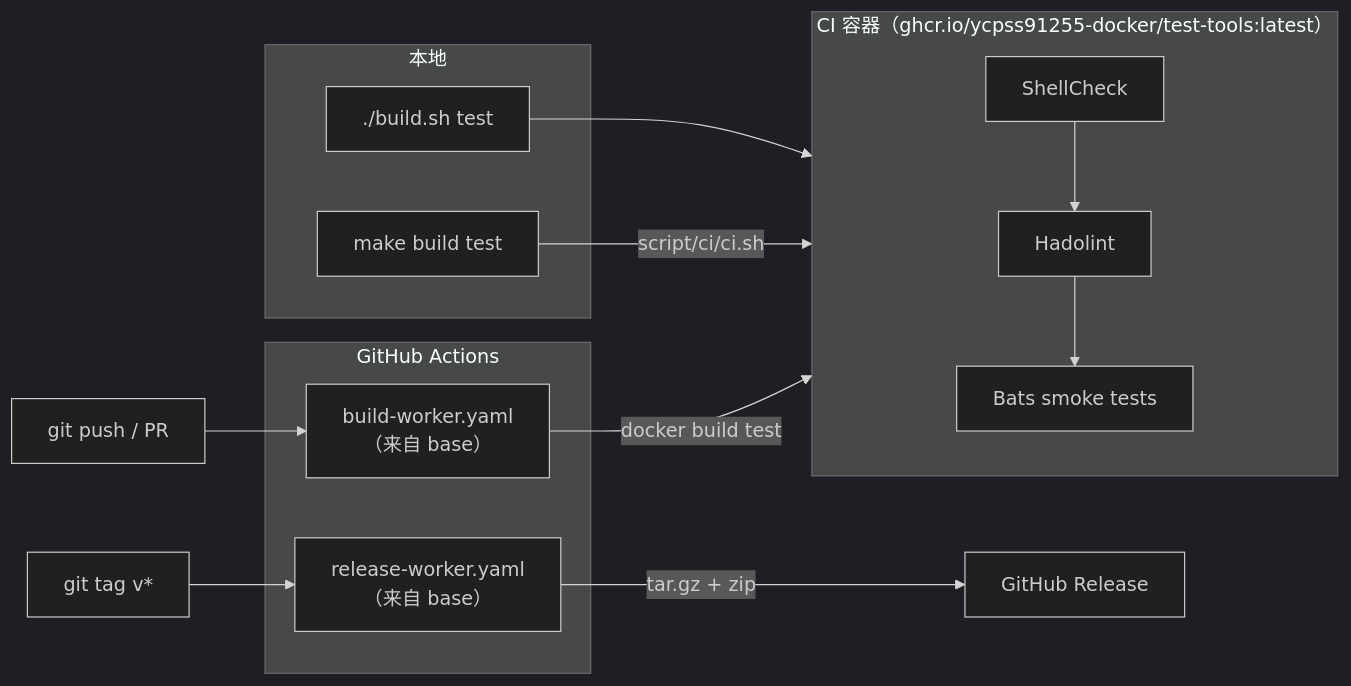
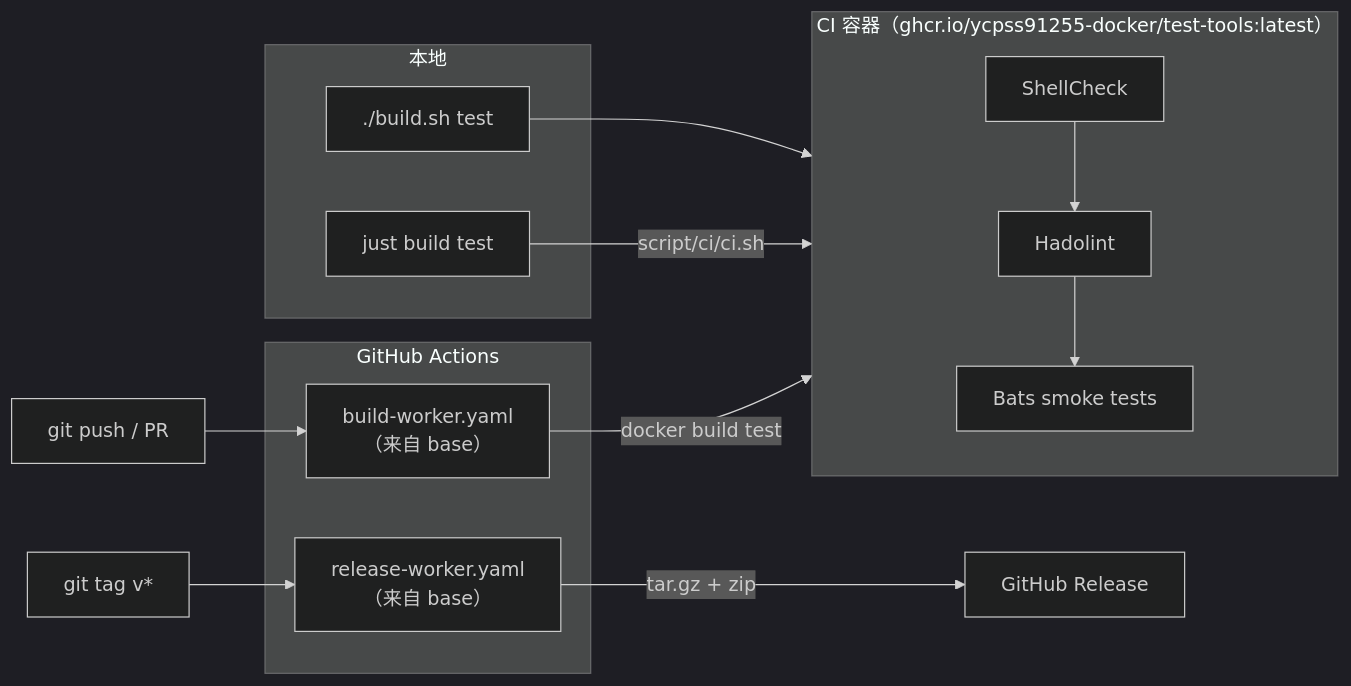
Before and after one commit to ycpss91255-docker/base: the second of 2 diagrams in doc/readme/README.zh-CN.md, drawn with Mermaid (dark theme). The commit also changed other lines of this file and 17 other files, not shown here.

````diff
--- a/doc/readme/README.zh-CN.md
+++ b/doc/readme/README.zh-CN.md
@@ -81,27 +81,27 @@
 ```mermaid
 flowchart LR
     subgraph local["本地"]
         build_test["./build.sh test"]
-        make_test["make build test"]
+        make_test["just build test"]
     end
 
     subgraph ci_container["CI 容器（ghcr.io/ycpss91255-docker/test-tools:latest）"]
         shellcheck["ShellCheck"]
         hadolint["Hadolint"]
         bats["Bats smoke tests"]
     end
 
     subgraph github["GitHub Actions"]
         build_worker["build-worker.yaml<br/>（来自 base）"]
         release_worker["release-worker.yaml<br/>（来自 base）"]
     end
 
     build_test --> ci_container
     make_test -->|"script/ci/ci.sh"| ci_container
     shellcheck --> hadolint --> bats
 
     push["git push / PR"] --> build_worker
     build_worker -->|"docker build test"| ci_container
     tag["git tag v*"] --> release_worker
     release_worker -->|"tar.gz + zip"| release["GitHub Release"]
 ```
````
